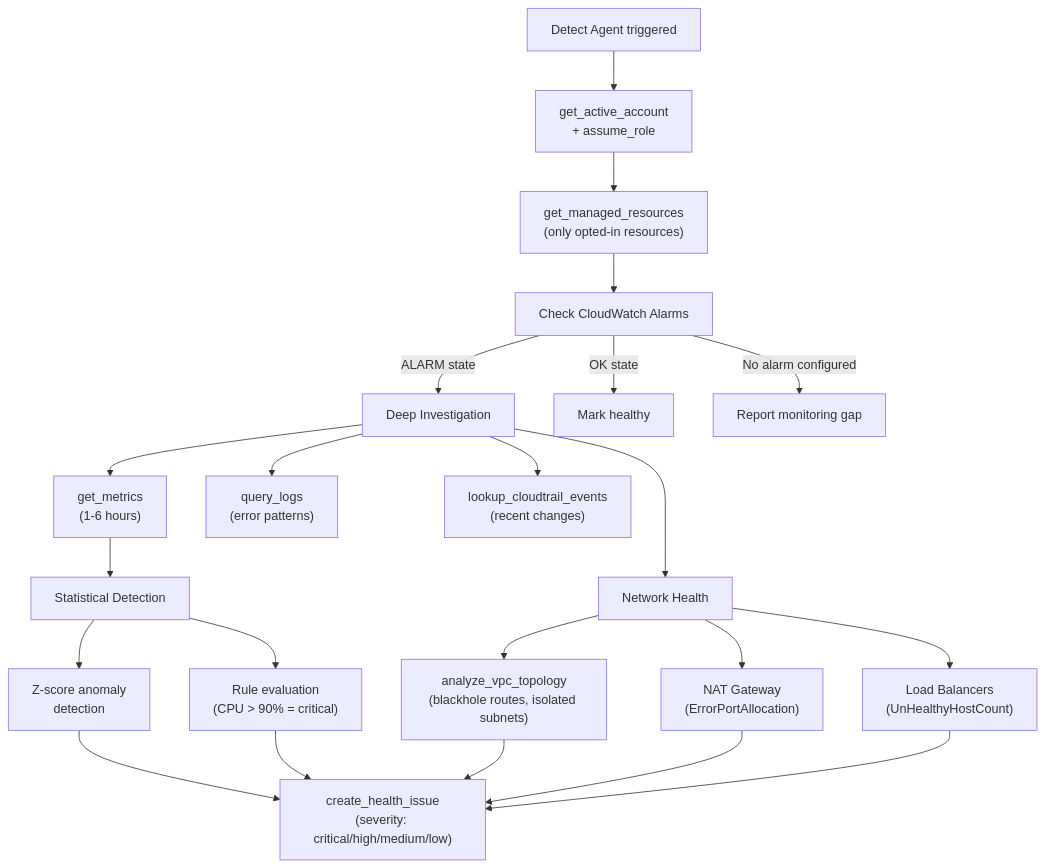
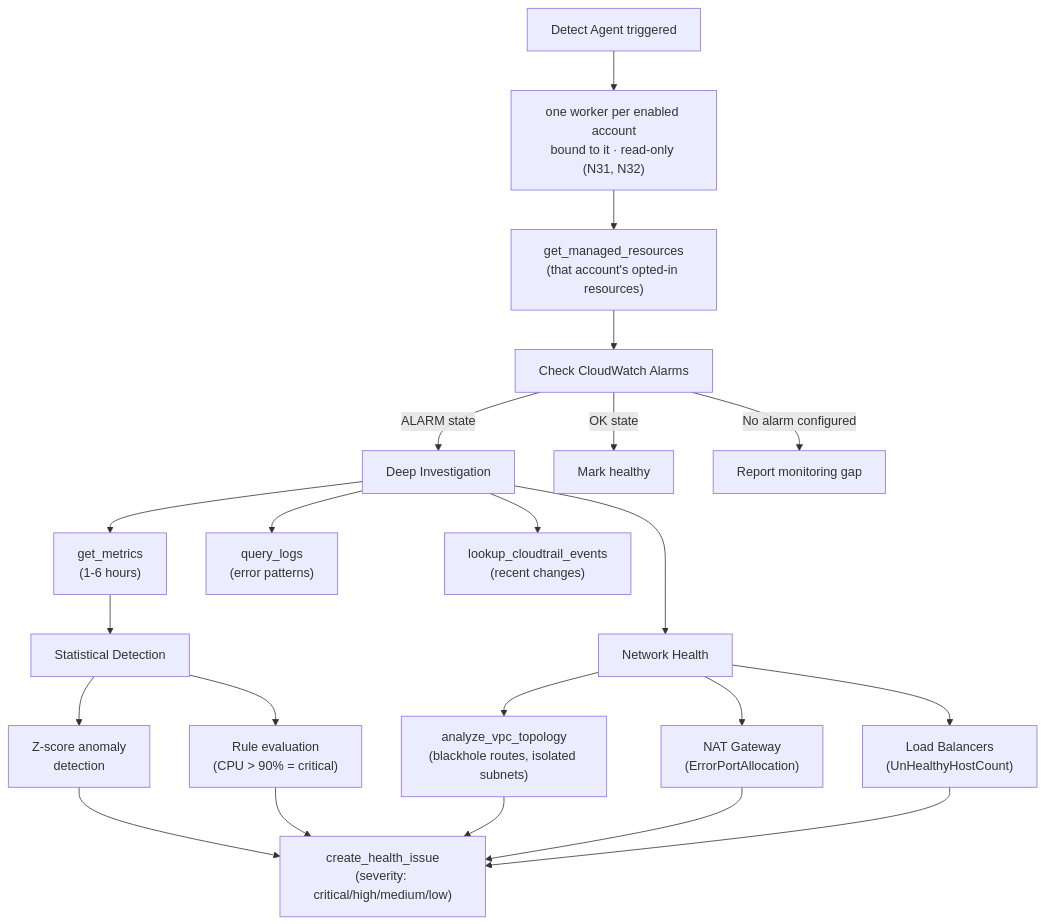
The sixth of 23 diagrams in docs/WORKFLOW.md (LiboMa/agenticops-chat), drawn with Mermaid before and after one commit. The commit also changed other lines of this file, not shown here.

````diff
--- a/docs/WORKFLOW.md
+++ b/docs/WORKFLOW.md
@@ -290,29 +290,29 @@
 ```mermaid
 flowchart TD
-    START["Detect Agent triggered"] --> ACCOUNT["get_active_account<br/>+ assume_role"]
-    ACCOUNT --> RESOURCES["get_managed_resources<br/>(only opted-in resources)"]
+    START["Detect Agent triggered"] --> ACCOUNT["one worker per enabled account<br/>bound to it · read-only (N31, N32)"]
+    ACCOUNT --> RESOURCES["get_managed_resources<br/>(that account's opted-in resources)"]
 
     RESOURCES --> ALARMS["Check CloudWatch Alarms"]
     ALARMS -->|"ALARM state"| DEEP["Deep Investigation"]
     ALARMS -->|"OK state"| HEALTHY["Mark healthy"]
     ALARMS -->|"No alarm configured"| GAP["Report monitoring gap"]
 
     DEEP --> METRICS["get_metrics<br/>(1-6 hours)"]
     DEEP --> LOGS["query_logs<br/>(error patterns)"]
     DEEP --> TRAIL["lookup_cloudtrail_events<br/>(recent changes)"]
 
     METRICS --> STATS["Statistical Detection"]
     STATS --> ZSCORE["Z-score anomaly<br/>detection"]
     STATS --> RULES["Rule evaluation<br/>(CPU > 90% = critical)"]
 
     DEEP --> NETWORK["Network Health"]
     NETWORK --> VPC["analyze_vpc_topology<br/>(blackhole routes, isolated subnets)"]
     NETWORK --> NAT["NAT Gateway<br/>(ErrorPortAllocation)"]
     NETWORK --> ELB["Load Balancers<br/>(UnHealthyHostCount)"]
 
     ZSCORE --> ISSUE["create_health_issue<br/>(severity: critical/high/medium/low)"]
     RULES --> ISSUE
     VPC --> ISSUE
     NAT --> ISSUE
     ELB --> ISSUE
 ```
````
